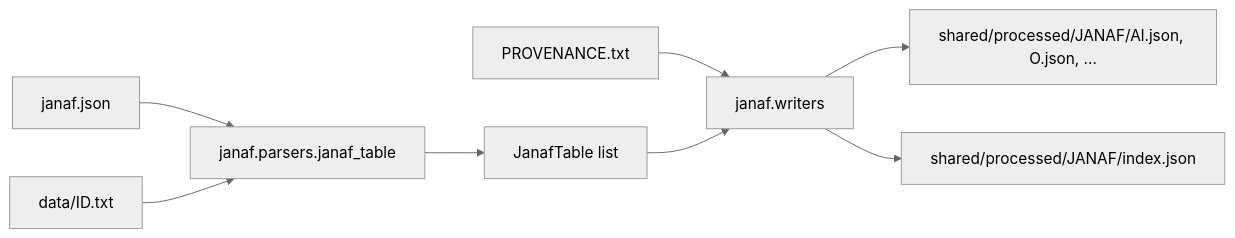
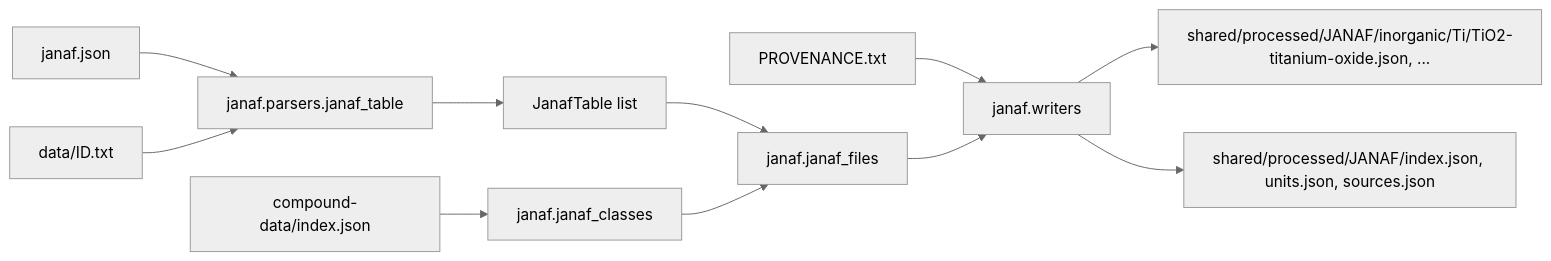
Before and after one commit to zakhovalkopavel/thermal-software: the diagram in docs/scripts/JANAF_PARSER_SPEC.md, drawn with Mermaid (neutral theme). The commit also changed other lines of this file and 157 other files, not shown here.

````diff
--- a/docs/scripts/JANAF_PARSER_SPEC.md
+++ b/docs/scripts/JANAF_PARSER_SPEC.md
@@ -24,10 +28,13 @@
 ```mermaid
 flowchart LR
   indexJson["janaf.json"] --> parser["janaf.parsers.janaf_table"]
   dataTxt["data/ID.txt"] --> parser
   parser --> tables["JanafTable list"]
+  compoundIndex["compound-data/index.json"] --> classes["janaf.janaf_classes"]
+  tables --> files["janaf.janaf_files"]
+  classes --> files
   provenance["PROVENANCE.txt"] --> writer["janaf.writers"]
-  tables --> writer
-  writer --> outFiles["shared/processed/JANAF/Al.json, O.json, ..."]
-  writer --> indexFile["shared/processed/JANAF/index.json"]
+  files --> writer
+  writer --> outFiles["shared/processed/JANAF/inorganic/Ti/TiO2-titanium-oxide.json, ..."]
+  writer --> rootFiles["shared/processed/JANAF/index.json, units.json, sources.json"]
 ```
````
